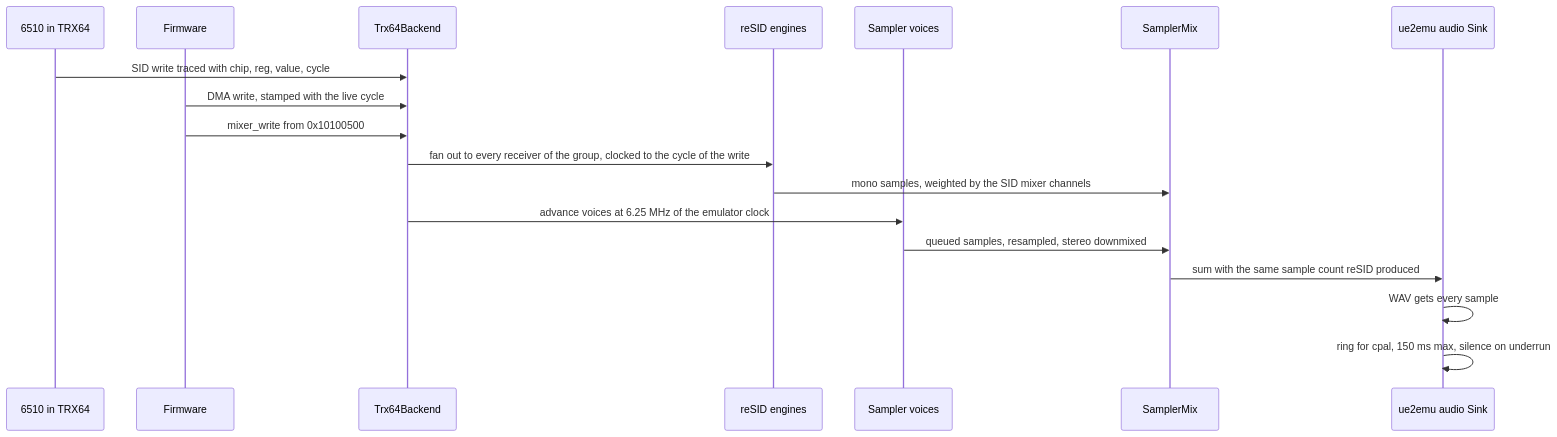
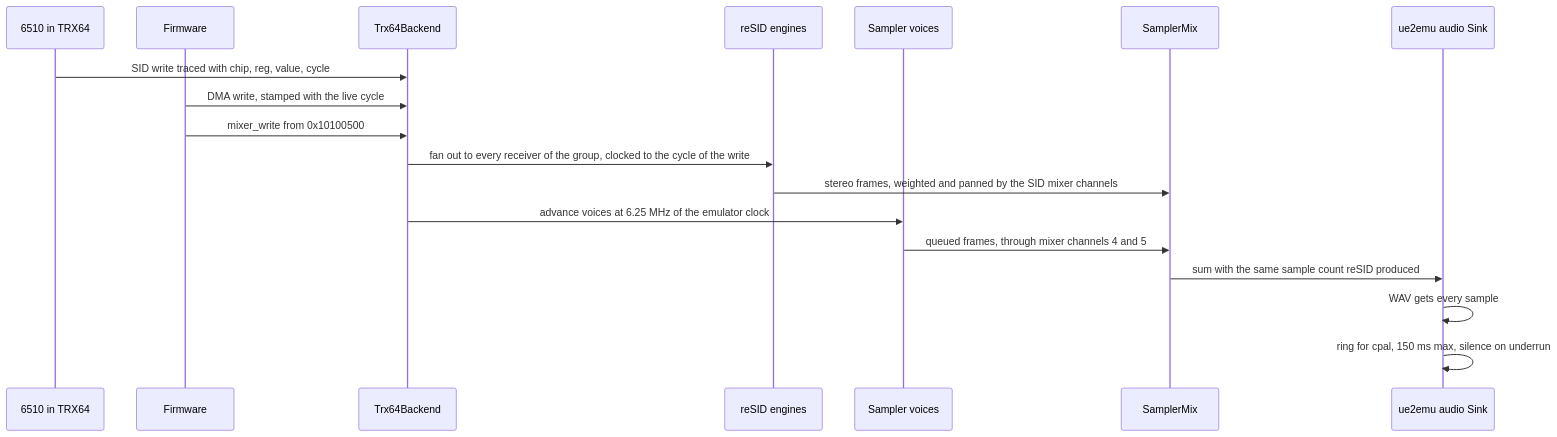
Before and after one commit to Jondalar/UE2-C64U-Emulator: the tenth of 12 diagrams in docs/ARCHITECTURE.md, drawn with Mermaid. The commit also changed other lines of this file and 13 other files, not shown here.

First line of the commit message:
audio: stereo, with the mixer's volume and pan (S29)

````diff
--- a/docs/ARCHITECTURE.md
+++ b/docs/ARCHITECTURE.md
@@ -680,20 +680,20 @@
 ```mermaid
 sequenceDiagram
     participant CPU as 6510 in TRX64
     participant FW as Firmware
     participant B as Trx64Backend
     participant S as reSID engines
     participant V as Sampler voices
     participant X as SamplerMix
     participant A as ue2emu audio Sink
     CPU->>B: SID write traced with chip, reg, value, cycle
     FW->>B: DMA write, stamped with the live cycle
     FW->>B: mixer_write from 0x10100500
     B->>S: fan out to every receiver of the group, clocked to the cycle of the write
-    S->>X: mono samples, weighted by the SID mixer channels
+    S->>X: stereo frames, weighted and panned by the SID mixer channels
     B->>V: advance voices at 6.25 MHz of the emulator clock
-    V->>X: queued samples, resampled, stereo downmixed
+    V->>X: queued frames, through mixer channels 4 and 5
     X->>A: sum with the same sample count reSID produced
     A->>A: WAV gets every sample
     A->>A: ring for cpal, 150 ms max, silence on underrun
 ```
````
